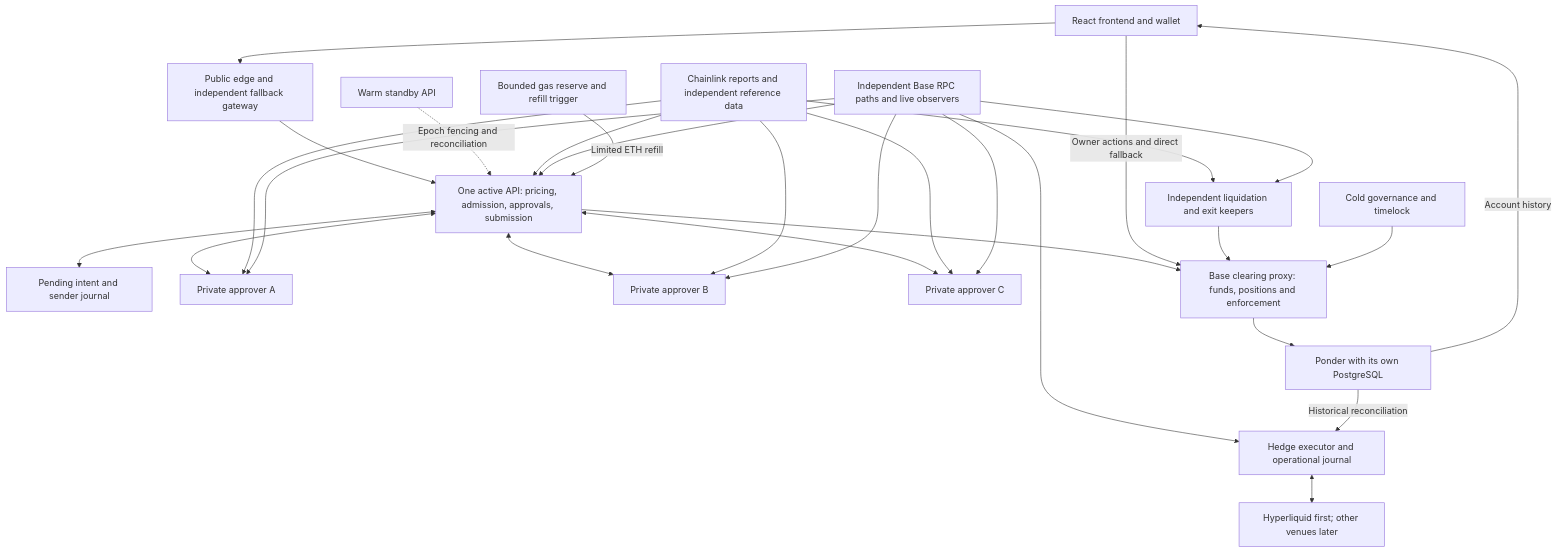
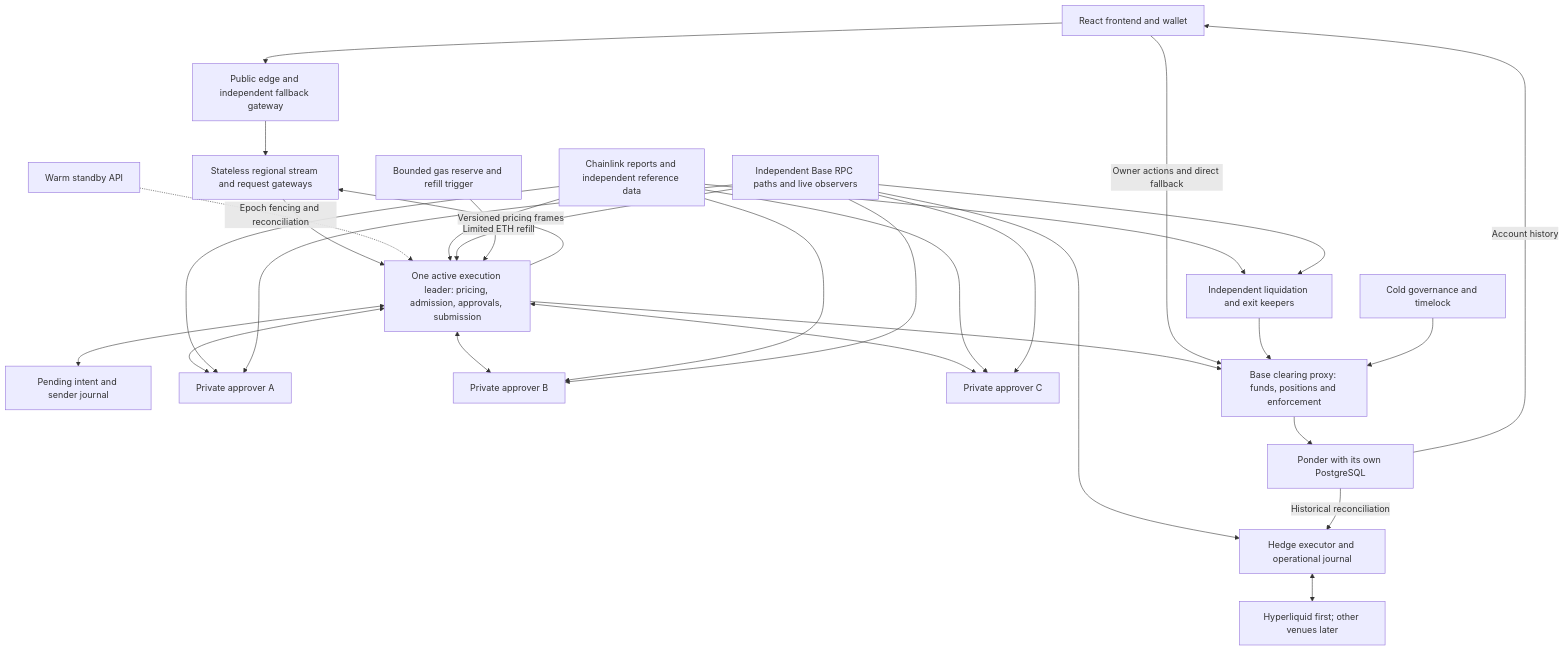
One commit to arthurtouble/rfqmarkets changed the diagram in CURRENT-ARCHITECTURE.md. Above: the diagram before and after it, drawn with Mermaid. The commit also changed other lines of this file and 14 other files, not shown here.

````diff
--- a/CURRENT-ARCHITECTURE.md
+++ b/CURRENT-ARCHITECTURE.md
@@ -13,47 +13,49 @@
 ```mermaid
 flowchart TB
     U[React frontend and wallet]
     E[Public edge and independent fallback gateway]
-    API[One active API: pricing, admission, approvals, submission]
+    GW[Stateless regional stream and request gateways]
+    API[One active execution leader: pricing, admission, approvals, submission]
     ST[Warm standby API]
     J[Pending intent and sender journal]
     A[Private approver A]
     B[Private approver B]
     C[Private approver C]
     O[Chainlink reports and independent reference data]
     RPC[Independent Base RPC paths and live observers]
     CH[Base clearing proxy: funds, positions and enforcement]
     P[Ponder with its own PostgreSQL]
     H[Hedge executor and operational journal]
     V[Hyperliquid first; other venues later]
     K[Independent liquidation and exit keepers]
     G[Cold governance and timelock]
     GAS[Bounded gas reserve and refill trigger]
 
-    U --> E --> API
+    U --> E --> GW --> API
+    API -->|Versioned pricing frames| GW
     ST -. Epoch fencing and reconciliation .-> API
     API <--> J
     API <--> A
     API <--> B
     API <--> C
     O --> API
     O --> A
     O --> B
     O --> C
     O --> K
     RPC --> API
     RPC --> A
     RPC --> B
     RPC --> C
     RPC --> H
     RPC --> K
     API --> CH
     U -->|Owner actions and direct fallback| CH
     CH --> P
     P -->|Account history| U
     P -->|Historical reconciliation| H
     H <--> V
     K --> CH
     G --> CH
     GAS -->|Limited ETH refill| API
 ```
````
